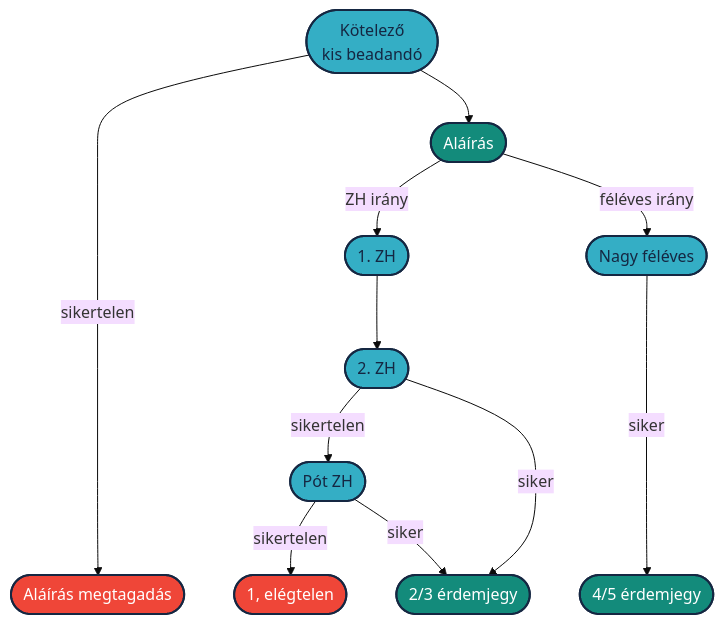
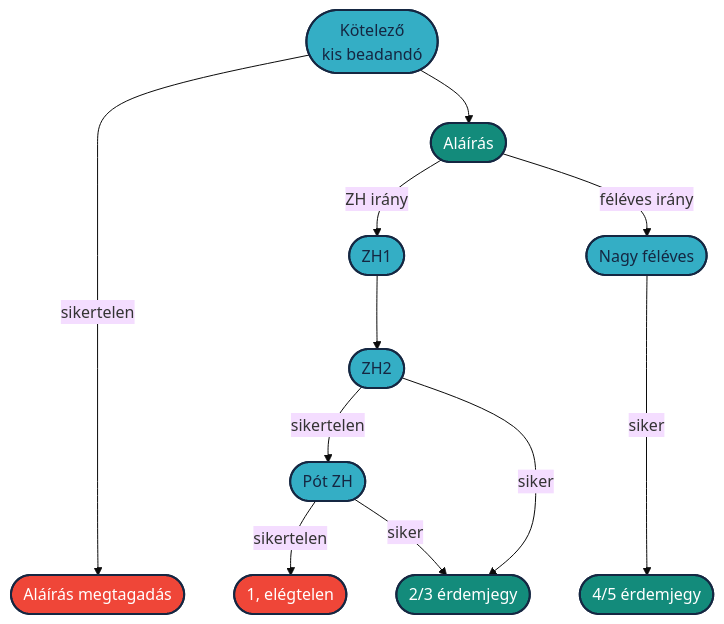
The first of 2 diagrams in docs/feleves_beadando/README.md (sze-info/ajr), drawn with Mermaid (base theme) before and after one commit. The commit also changed other lines of this file and 4 other files, not shown here.

````diff
--- a/docs/feleves_beadando/README.md
+++ b/docs/feleves_beadando/README.md
@@ -20,25 +20,25 @@
 ```mermaid
 flowchart TD
 
 K([Kötelező</br>kis beadandó ]):::light ------> |sikertelen| X0
 K --> A([Aláírás]):::green 
-A -->|ZH irány| ZH1([1. ZH]):::light
+A -->|ZH irány| ZH1([ZH1]):::light
 A --> |féléves irány| N([Nagy féléves]):::light
 PZH --> |sikertelen| X1
 ZH2 --> |sikertelen| PZH([Pót ZH]):::light
-ZH1 --> ZH2([2. ZH]):::light
+ZH1 --> ZH2([ZH2]):::light
 ZH2 --> |siker| OK1
 PZH --> |siker| OK1
 N ----> |siker| OK2
 X0([Aláírás megtagadás]):::red
 X1([1, elégtelen]):::red
 OK2([4/5 érdemjegy]):::green
 OK1([2/3 érdemjegy]):::green
 
 classDef light fill:#34aec5,stroke:#152742,stroke-width:2px,color:#152742  
 classDef dark fill:#152742,stroke:#34aec5,stroke-width:2px,color:#34aec5
 classDef white fill:#ffffff,stroke:#152742,stroke-width:2px,color:#152742
 classDef red fill:#ef4638,stroke:#152742,stroke-width:2px,color:#fff
 classDef green fill:#138b7b,stroke:#152742,stroke-width:2px,color:#fff
 
 ```
````
